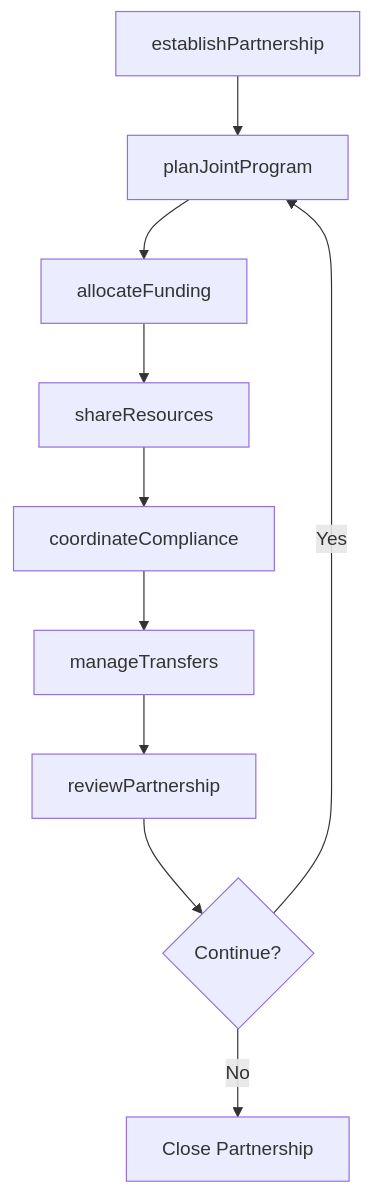
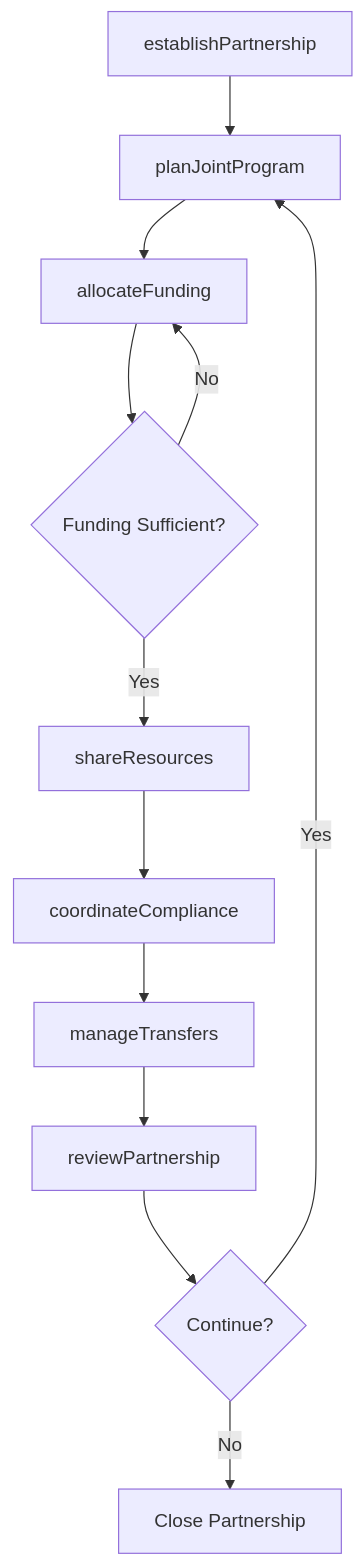
One commit to dot-org-ai/tasks.org.ai changed the third of 4 diagrams in CommunicatingWithSupervisorsPeersOrSubordinates/CollaborateInTheDevelopmentOfEducationalPrograms/CollaborateAgenciesInstitutionsCoordinateEducation.mdx. Above: the diagram before and after it, drawn with Mermaid. The commit also changed other lines of this file and 266 other files, not shown here.

First line of the commit message:
feat: Add ER diagrams, state diagrams to wave 2 batch (251 DWA files)

````diff
--- a/CommunicatingWithSupervisorsPeersOrSubordinates/CollaborateInTheDevelopmentOfEducationalPrograms/CollaborateAgenciesInstitutionsCoordinateEducation.mdx
+++ b/CommunicatingWithSupervisorsPeersOrSubordinates/CollaborateInTheDevelopmentOfEducationalPrograms/CollaborateAgenciesInstitutionsCoordinateEducation.mdx
@@ -87,12 +114,14 @@
 ```mermaid
 graph TD
     A[establishPartnership] --> B[planJointProgram]
     B --> C[allocateFunding]
-    C --> D[shareResources]
-    D --> E[coordinateCompliance]
-    E --> F[manageTransfers]
-    F --> G[reviewPartnership]
-    G --> H{Continue?}
-    H -->|Yes| B
-    H -->|No| I[Close Partnership]
+    C --> D{Funding Sufficient?}
+    D -->|Yes| E[shareResources]
+    D -->|No| C
+    E --> F[coordinateCompliance]
+    F --> G[manageTransfers]
+    G --> H[reviewPartnership]
+    H --> I{Continue?}
+    I -->|Yes| B
+    I -->|No| J[Close Partnership]
 ```
````
